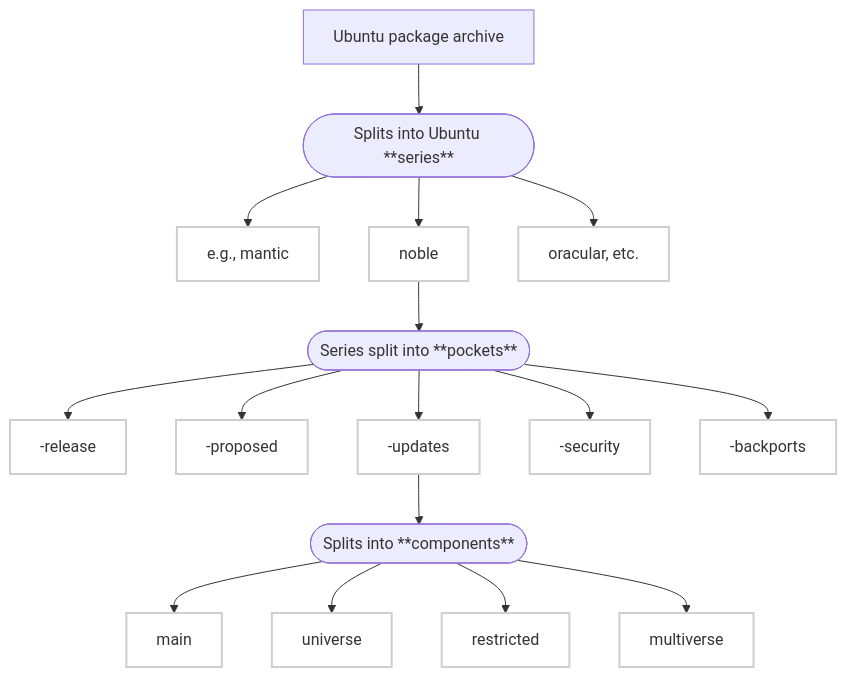
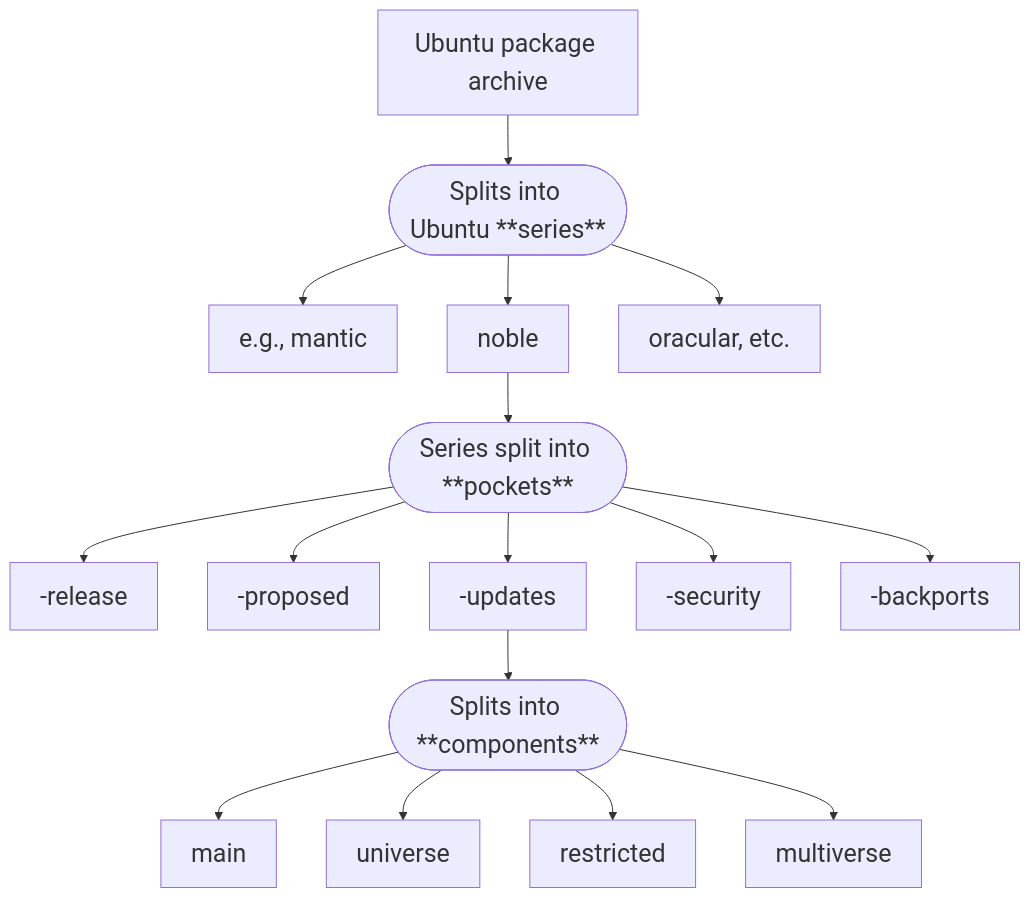
One commit to ubuntu/ubuntu-project-docs changed the diagram in docs/how-ubuntu-is-made/concepts/package-archive.rst. Above: the diagram before and after it, drawn with Mermaid.

Commit message:
Fix spellcheck

```diff
--- a/docs/how-ubuntu-is-made/concepts/package-archive.rst
+++ b/docs/how-ubuntu-is-made/concepts/package-archive.rst
@@ -12,39 +12,27 @@
 .. mermaid::
    :align: center
-   :config: { "theme": "base", "themeVariables": { "fontFamily": "Ubuntu", "fontSize": "25px", "background": "#ffffff", "primaryColor": "#fff", "primaryBorderColor": "#cfcfcf", "primaryTextColor": "#000", "lineColor": "#cfcfcf" } }
 
+   %%{init: {'themeVariables': {
+                'fontSize': '25px',
+                'fontFamily': 'Ubuntu'}}}%%
     flowchart TD;
       A[Ubuntu package archive] --> B([Splits into Ubuntu **series**]);
 
       B --> C[e.g., mantic];
       B --> D[noble];
       B --> E[oracular, etc.];
 
       D --> H([Series split into **pockets**]);
 
       H --> I[-release];
       H --> J[-proposed];
       H --> K[-updates];
       H --> L[-security];
       H --> M[-backports];
 
       K --> N([Splits into **components**]);
 
       N --> O[main];
       N --> P[universe];
       N --> Q[restricted];
       N --> R[multiverse];
-
-      style C fill:#fff,stroke:#cfcfcf,stroke-width:2px;
-      style D fill:#fff,stroke:#cfcfcf,stroke-width:2px;
-      style E fill:#fff,stroke:#cfcfcf,stroke-width:2px;
-
-      style I fill:#fff,stroke:#cfcfcf,stroke-width:2px;
-      style J fill:#fff,stroke:#cfcfcf,stroke-width:2px;
-      style K fill:#fff,stroke:#cfcfcf,stroke-width:2px;
-      style L fill:#fff,stroke:#cfcfcf,stroke-width:2px;
-      style M fill:#fff,stroke:#cfcfcf,stroke-width:2px;
-      style O fill:#fff,stroke:#cfcfcf,stroke-width:2px;
-      style P fill:#fff,stroke:#cfcfcf,stroke-width:2px;
-      style Q fill:#fff,stroke:#cfcfcf,stroke-width:2px;
-      style R fill:#fff,stroke:#cfcfcf,stroke-width:2px;
```
